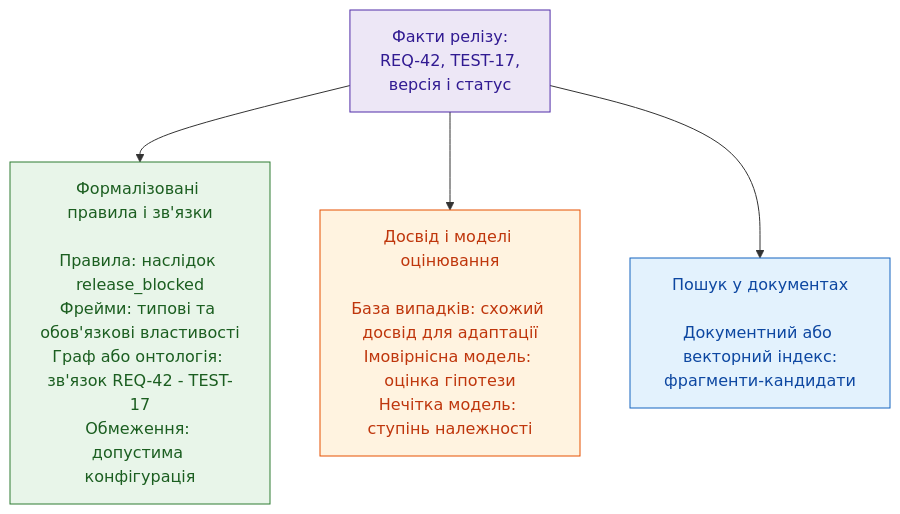
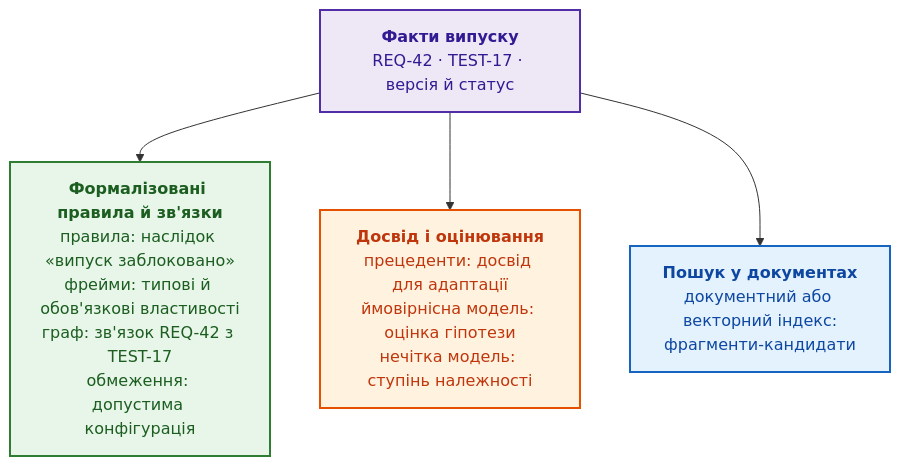
One commit to nick-fedchik/articles changed the first of 5 diagrams in ExpertSystem/ch07-knowledge-base-typology.md. Above: the diagram before and after it, drawn with Mermaid. The commit also changed other lines of this file, not shown here.

````diff
--- a/ExpertSystem/ch07-knowledge-base-typology.md
+++ b/ExpertSystem/ch07-knowledge-base-typology.md
@@ -275,21 +199,20 @@
 ```mermaid
 flowchart TB
-    accTitle: Категорії механізмів обробки фактів релізу
-    accDescr: Розподіл фактів релізу на формалізовані правила та зв'язки, моделі досвіду та оцінювання, а також документний пошук.
+    accTitle: Групи механізмів обробки фактів випуску
+    accDescr: Факти випуску обробляють формалізовані правила й зв'язки, моделі досвіду й оцінювання, а також пошук у документах.
 
-    Input["Факти релізу:<br/>REQ-42, TEST-17,<br/>версія і статус"]
+    Input["<b>Факти випуску</b><br/>REQ-42 · TEST-17 · версія й статус"]
+    Input --> Formal["<b>Формалізовані правила й зв'язки</b><br/>правила: наслідок «випуск заблоковано»<br/>фрейми: типові й обов'язкові властивості<br/>граф: зв'язок REQ-42 з TEST-17<br/>обмеження: допустима конфігурація"]
+    Input --> Assessment["<b>Досвід і оцінювання</b><br/>прецеденти: досвід для адаптації<br/>ймовірнісна модель: оцінка гіпотези<br/>нечітка модель: ступінь належності"]
+    Input --> Search["<b>Пошук у документах</b><br/>документний або векторний індекс:<br/>фрагменти-кандидати"]
 
-    Input --> Formal["Формалізовані правила і зв'язки<br/><br/>Правила: наслідок release_blocked<br/>Фрейми: типові та обов'язкові властивості<br/>Граф або онтологія: зв'язок REQ-42 - TEST-17<br/>Обмеження: допустима конфігурація"]
-    Input --> Assessment["Досвід і моделі оцінювання<br/><br/>База випадків: схожий досвід для адаптації<br/>Імовірнісна модель: оцінка гіпотези<br/>Нечітка модель: ступінь належності"]
-    Input --> Search["Пошук у документах<br/><br/>Документний або векторний індекс:<br/>фрагменти-кандидати"]
-
-    classDef in fill:#ede7f6,stroke:#512da8,color:#311b92;
-    classDef formal fill:#e8f5e9,stroke:#2e7d32,color:#1b5e20;
-    classDef assess fill:#fff3e0,stroke:#e65100,color:#bf360c;
-    classDef search fill:#e3f2fd,stroke:#1565c0,color:#0d47a1;
+    classDef in fill:#ede7f6,stroke:#512da8,stroke-width:2px,color:#311b92;
+    classDef formal fill:#e8f5e9,stroke:#2e7d32,stroke-width:2px,color:#1b5e20;
+    classDef assess fill:#fff3e0,stroke:#e65100,stroke-width:2px,color:#bf360c;
+    classDef search fill:#e3f2fd,stroke:#1565c0,stroke-width:2px,color:#0d47a1;
 
     class Input in;
     class Formal formal;
     class Assessment assess;
     class Search search;
 ```
````
